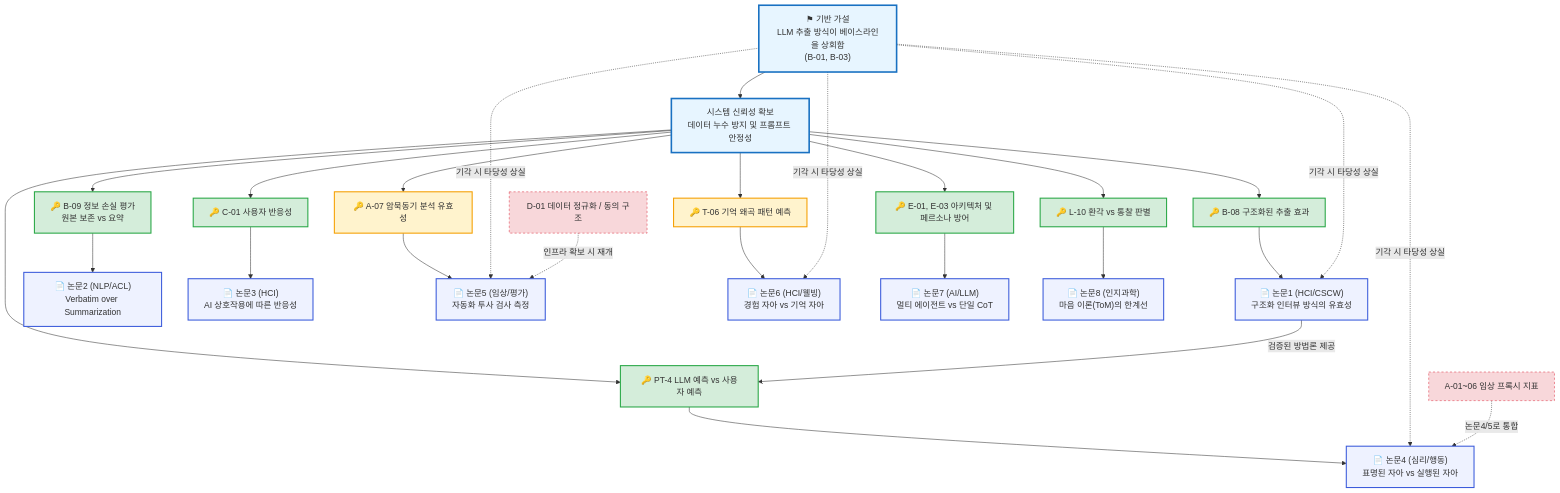
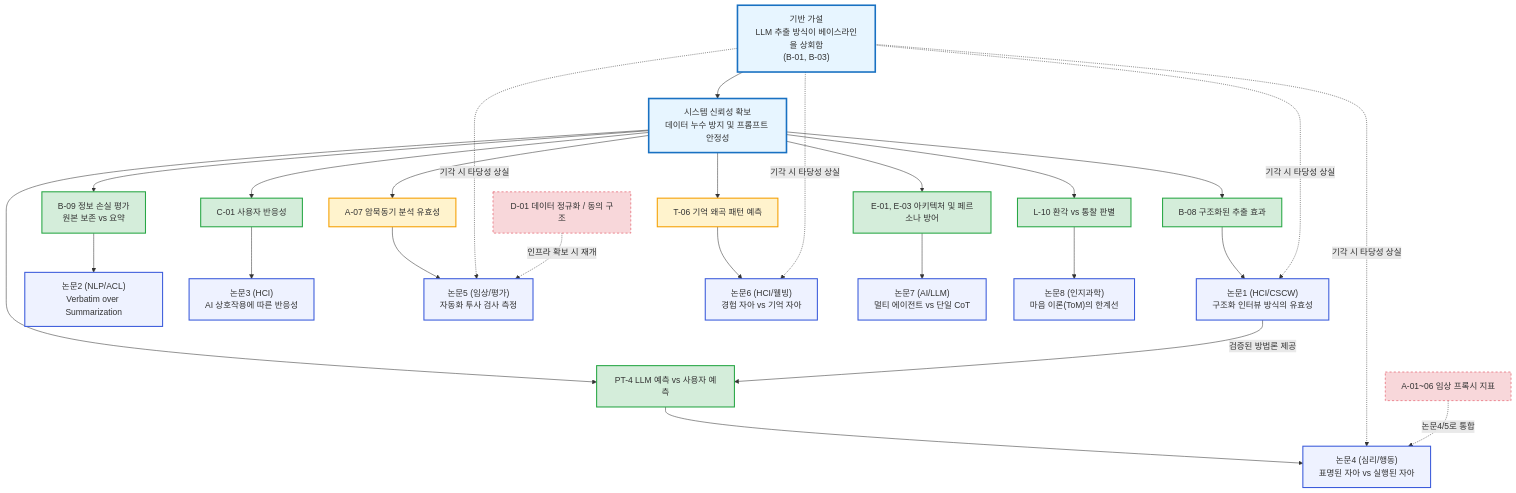
One commit to YiTanJang/extracting-the-human-mind changed the diagram in 논문 전략.md. Above: the diagram before and after it, drawn with Mermaid.

Commit message:
docs: 논문 전략 플로우차트 내 이모지 제거 (시각적 개선)

````diff
--- a/논문 전략.md
+++ b/논문 전략.md
@@ -27,41 +27,41 @@
 ```mermaid
 graph TD
     classDef paper fill:#eef2ff,stroke:#3b5bdb,stroke-width:2px;
     classDef key fill:#d4edda,stroke:#28a745,stroke-width:2px;
     classDef risky fill:#fff3cd,stroke:#f59f00,stroke-width:2px;
     classDef null fill:#f8d7da,stroke:#dc3545,stroke-width:1px,stroke-dasharray: 4 4;
     classDef root fill:#e7f5ff,stroke:#1971c2,stroke-width:3px;
 
-    R0["⚑ 기반 가설<br/>LLM 추출 방식이 베이스라인을 상회함<br/>(B-01, B-03)"]:::root
+    R0["기반 가설<br/>LLM 추출 방식이 베이스라인을 상회함<br/>(B-01, B-03)"]:::root
     FND["시스템 신뢰성 확보<br/>데이터 누수 방지 및 프롬프트 안정성"]:::root
     R0 --> FND
 
     %% 주요 연구
-    K1["🔑 B-08 구조화된 추출 효과"]:::key --> P1["📄 논문1 (HCI/CSCW)<br/>구조화 인터뷰 방식의 유효성"]:::paper
-    K2["🔑 B-09 정보 손실 평가<br/>원본 보존 vs 요약"]:::key --> P2["📄 논문2 (NLP/ACL)<br/>Verbatim over Summarization"]:::paper
+    K1["B-08 구조화된 추출 효과"]:::key --> P1["논문1 (HCI/CSCW)<br/>구조화 인터뷰 방식의 유효성"]:::paper
+    K2["B-09 정보 손실 평가<br/>원본 보존 vs 요약"]:::key --> P2["논문2 (NLP/ACL)<br/>Verbatim over Summarization"]:::paper
 
     %% 독립 연구
-    K3["🔑 C-01 사용자 반응성"]:::key --> P3["📄 논문3 (HCI)<br/>AI 상호작용에 따른 반응성"]:::paper
+    K3["C-01 사용자 반응성"]:::key --> P3["논문3 (HCI)<br/>AI 상호작용에 따른 반응성"]:::paper
 
     %% 후속 연구 (기반 가설 의존)
-    K4["🔑 PT-4 LLM 예측 vs 사용자 예측"]:::key --> P4["📄 논문4 (심리/행동)<br/>표명된 자아 vs 실행된 자아"]:::paper
-    K5["🔑 A-07 암묵동기 분석 유효성"]:::risky --> P5["📄 논문5 (임상/평가)<br/>자동화 투사 검사 측정"]:::paper
-    K6["🔑 T-06 기억 왜곡 패턴 예측"]:::risky --> P6["📄 논문6 (HCI/웰빙)<br/>경험 자아 vs 기억 자아"]:::paper
+    K4["PT-4 LLM 예측 vs 사용자 예측"]:::key --> P4["논문4 (심리/행동)<br/>표명된 자아 vs 실행된 자아"]:::paper
+    K5["A-07 암묵동기 분석 유효성"]:::risky --> P5["논문5 (임상/평가)<br/>자동화 투사 검사 측정"]:::paper
+    K6["T-06 기억 왜곡 패턴 예측"]:::risky --> P6["논문6 (HCI/웰빙)<br/>경험 자아 vs 기억 자아"]:::paper
 
     %% 신규 연구 (엔지니어링/인지과학)
-    K7["🔑 E-01, E-03 아키텍처 및 페르소나 방어"]:::key --> P7["📄 논문7 (AI/LLM)<br/>멀티 에이전트 vs 단일 CoT"]:::paper
-    K8["🔑 L-10 환각 vs 통찰 판별"]:::key --> P8["📄 논문8 (인지과학)<br/>마음 이론(ToM)의 한계선"]:::paper
+    K7["E-01, E-03 아키텍처 및 페르소나 방어"]:::key --> P7["논문7 (AI/LLM)<br/>멀티 에이전트 vs 단일 CoT"]:::paper
+    K8["L-10 환각 vs 통찰 판별"]:::key --> P8["논문8 (인지과학)<br/>마음 이론(ToM)의 한계선"]:::paper
 
     %% 보류/통합 대상
     D01["D-01 데이터 정규화 / 동의 구조"]:::null
     CL["A-01~06 임상 프록시 지표"]:::null
 
     FND --> K1 & K2 & K3 & K4 & K5 & K6 & K7 & K8
     R0 -.->|기각 시 타당성 상실| P1
     R0 -.->|기각 시 타당성 상실| P4
     R0 -.->|기각 시 타당성 상실| P5
     R0 -.->|기각 시 타당성 상실| P6
     P1 -->|검증된 방법론 제공| K4
     CL -.->|논문4/5로 통합| P4
     D01 -.->|인프라 확보 시 재개| P5
 ```
````
